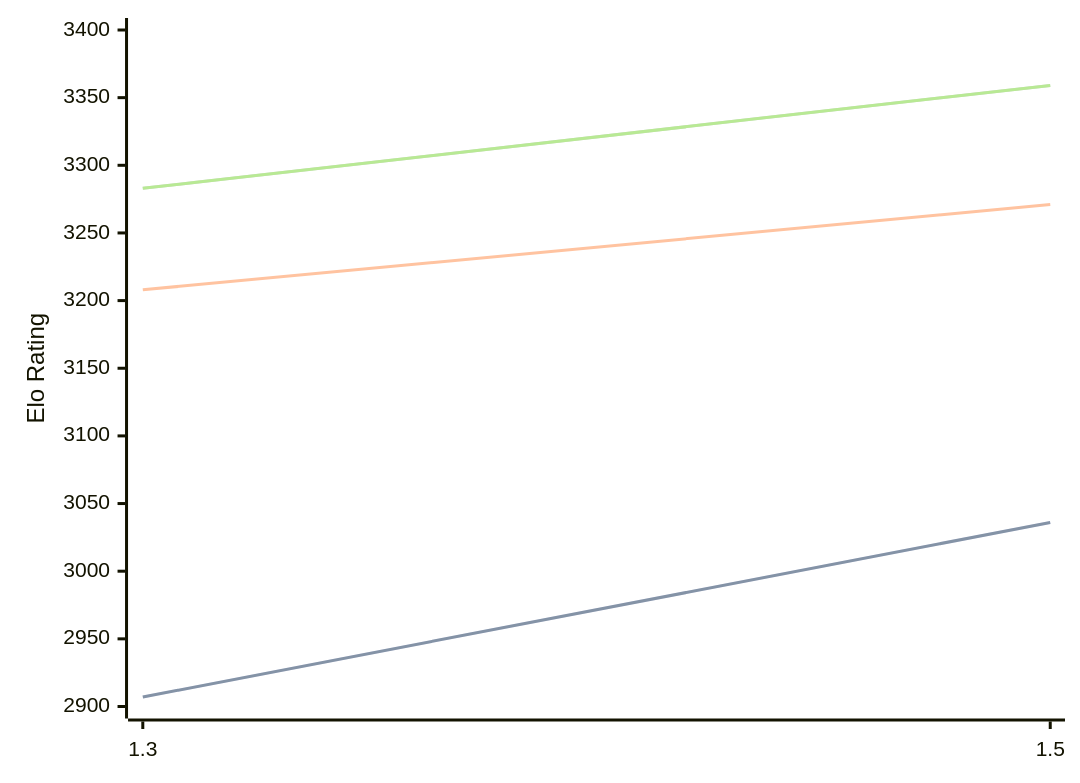
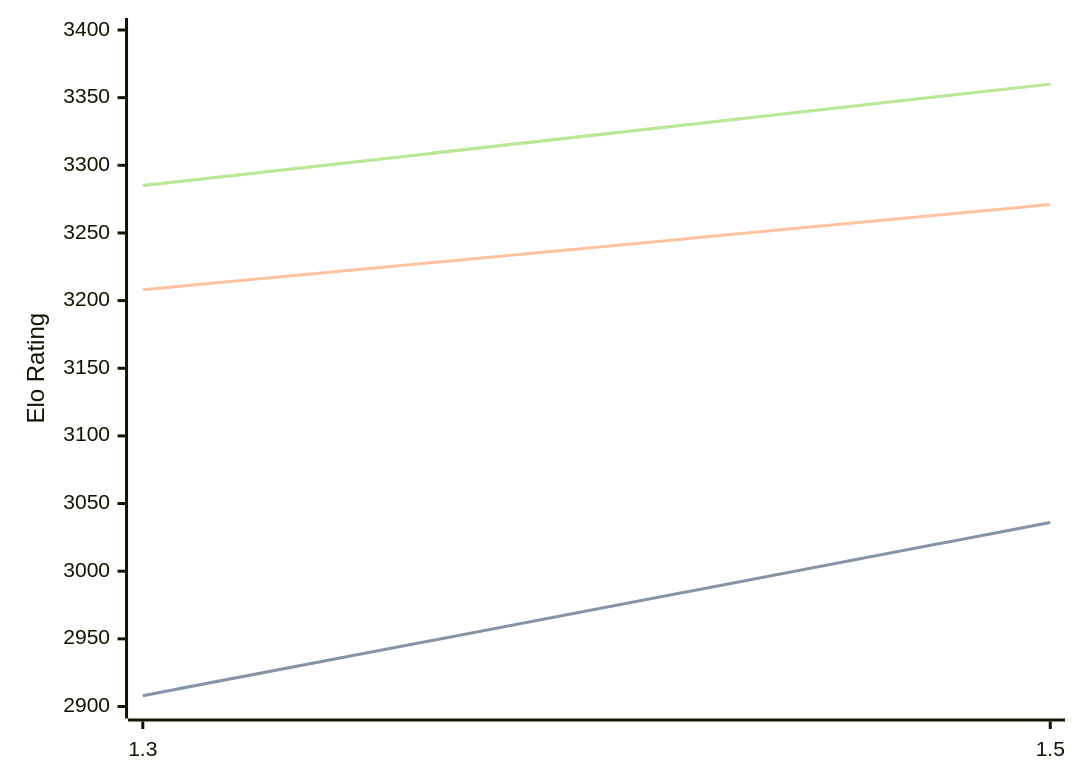
One commit to computer-chess-index/cci changed the diagram in engines/Lambergar.md. Above: the diagram before and after it, drawn with Mermaid. The commit also changed other lines of this file, not shown here.

Commit message:
Update CCI Ratings (ELO VLTC) - 2026-08-24

````diff
--- a/engines/Lambergar.md
+++ b/engines/Lambergar.md
@@ -32,11 +32,11 @@
 ```mermaid
 %%{init: {"theme":"base","themeVariables":{"seriesColors:['#a3a3a3','#222221','#faa371']}}}%%
 xychart-beta
   x-axis ["1.3", "1.5"]
   y-axis "Elo Rating" 2900 --> 3400
-  line "STC (8.0+0.08s)" [2907, 3036]
-  line "STC (8.0+0.08s)" [2907, 3036]
+  line "STC (8.0+0.08s)" [2908, 3036]
+  line "STC (8.0+0.08s)" [2908, 3036]
   line "LTC (60.0+0.60s)" [3208, 3271]
-  line "VLTC (2m24s+1.12s)" [3283, 3359]
-  line "VLTC (2m24s+1.12s)" [3283, 3359]
+  line "VLTC (2m24s+1.12s)" [3285, 3360]
+  line "VLTC (2m24s+1.12s)" [3285, 3360]
 ```
````
